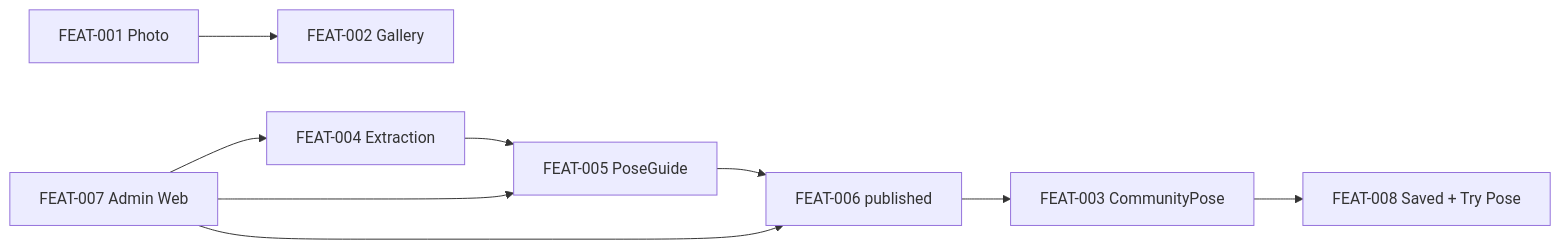
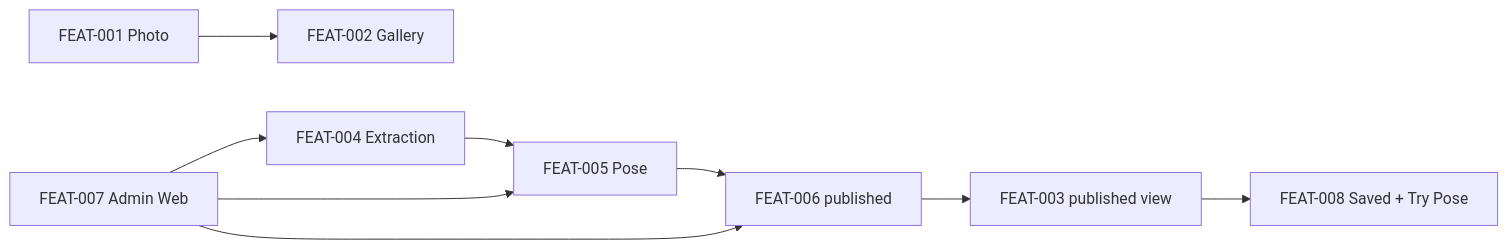
Before and after one commit to pnphongk23/posing-monorepo: the diagram in docs/spec/data/domain-model.md, drawn with Mermaid. The commit also changed other lines of this file and 98 other files, not shown here.

First line of the commit message:
refactor(domain): adopt canonical Pose model across mobile, backend, and admin

````diff
--- a/docs/spec/data/domain-model.md
+++ b/docs/spec/data/domain-model.md
@@ -31,11 +39,11 @@
 ```mermaid
 flowchart LR
   Capture[FEAT-001 Photo] --> Gallery[FEAT-002 Gallery]
-  Extract[FEAT-004 Extraction] --> Guide[FEAT-005 PoseGuide]
-  Guide --> Publish[FEAT-006 published]
-  Publish --> Catalogue[FEAT-003 CommunityPose]
+  Extract[FEAT-004 Extraction] --> Pose[FEAT-005 Pose]
+  Pose --> Publish[FEAT-006 published]
+  Publish --> Catalogue[FEAT-003 published view]
   Catalogue --> Use[FEAT-008 Saved + Try Pose]
   Admin[FEAT-007 Admin Web] --> Extract
-  Admin --> Guide
+  Admin --> Pose
   Admin --> Publish
 ```
````
